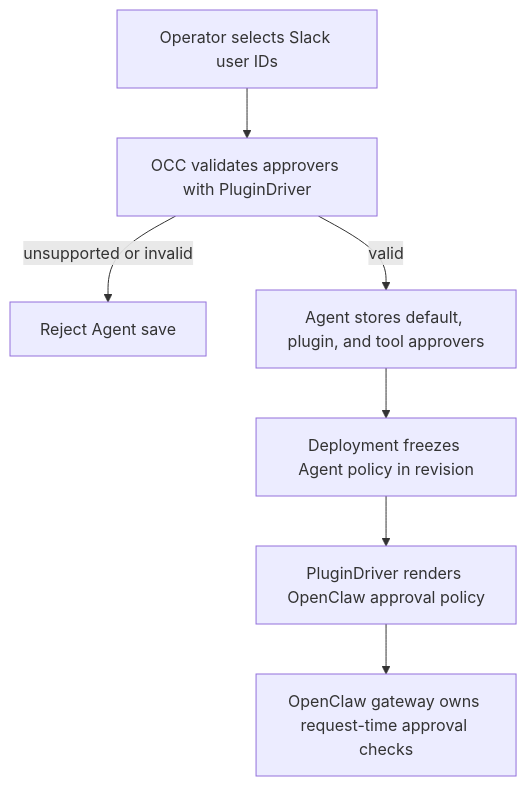
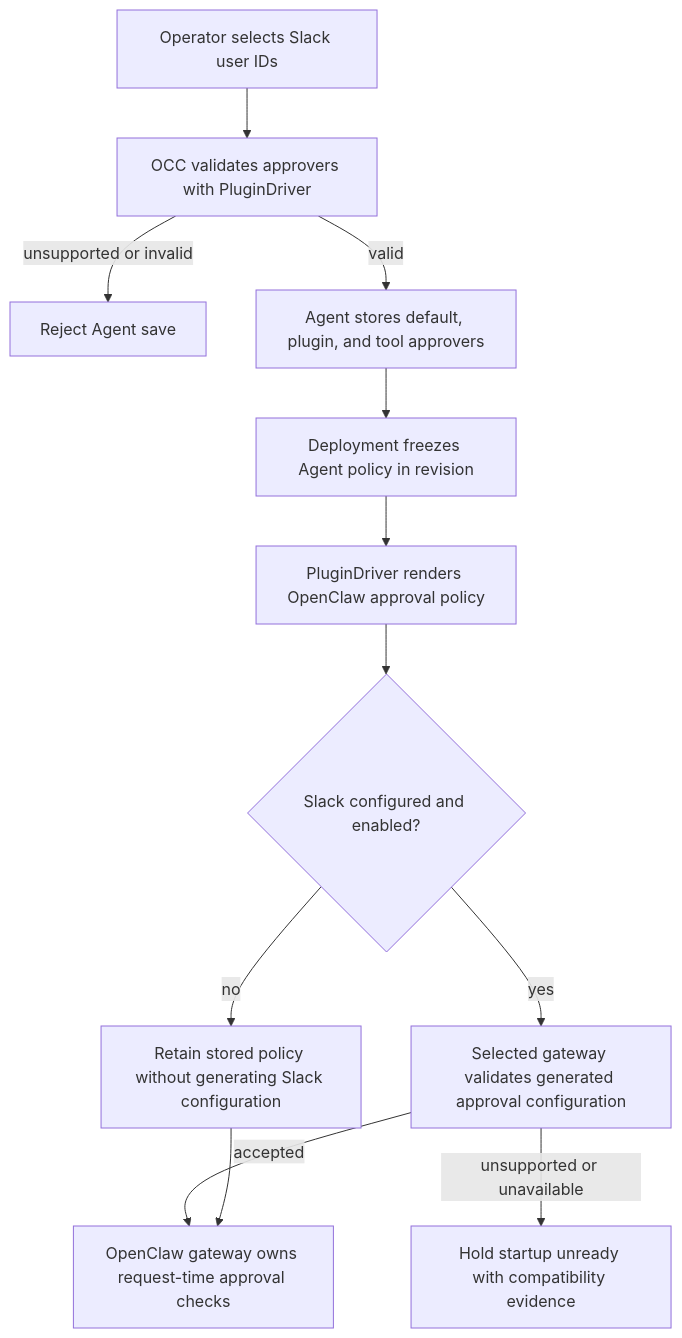
Before and after one commit to IsaiahStapleton/openclaw-enterprise: the diagram in docs/flows/agent-plugin-approvals.md, drawn with Mermaid. The commit also changed other lines of this file and 7 other files, not shown here.

Commit message:
fix(compute): gate Slack approver configuration on native support

````diff
--- a/docs/flows/agent-plugin-approvals.md
+++ b/docs/flows/agent-plugin-approvals.md
@@ -29,9 +29,14 @@
 ```mermaid
 graph TD
   A["Operator selects Slack user IDs"] --> B["OCC validates approvers with PluginDriver"]
   B -->|unsupported or invalid| X["Reject Agent save"]
   B -->|valid| C["Agent stores default, plugin, and tool approvers"]
   C --> D["Deployment freezes Agent policy in revision"]
   D --> E["PluginDriver renders OpenClaw approval policy"]
-  E --> F["OpenClaw gateway owns request-time approval checks"]
+  E --> S{"Slack configured and enabled?"}
+  S -->|no| N["Retain stored policy without generating Slack configuration"]
+  S -->|yes| V["Selected gateway validates generated approval configuration"]
+  V -->|unsupported or unavailable| H["Hold startup unready with compatibility evidence"]
+  V -->|accepted| F["OpenClaw gateway owns request-time approval checks"]
+  N --> F
 ```
````
